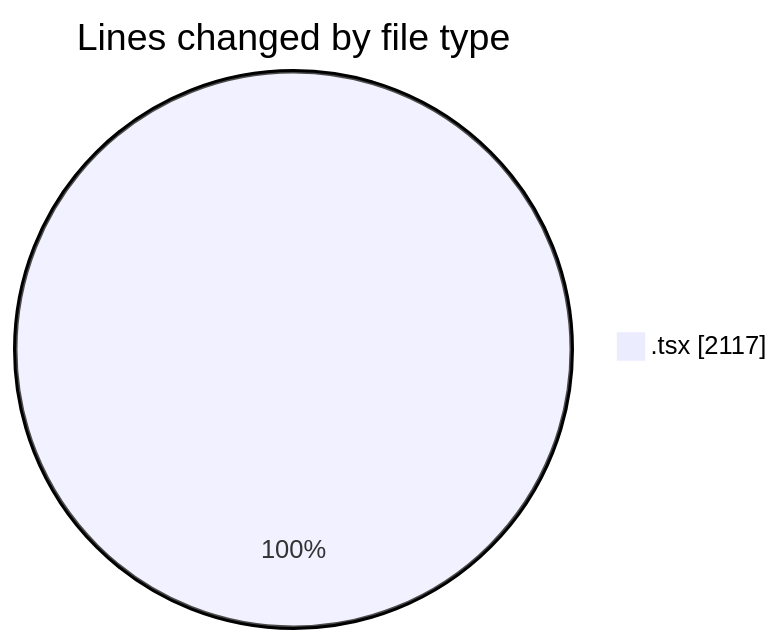
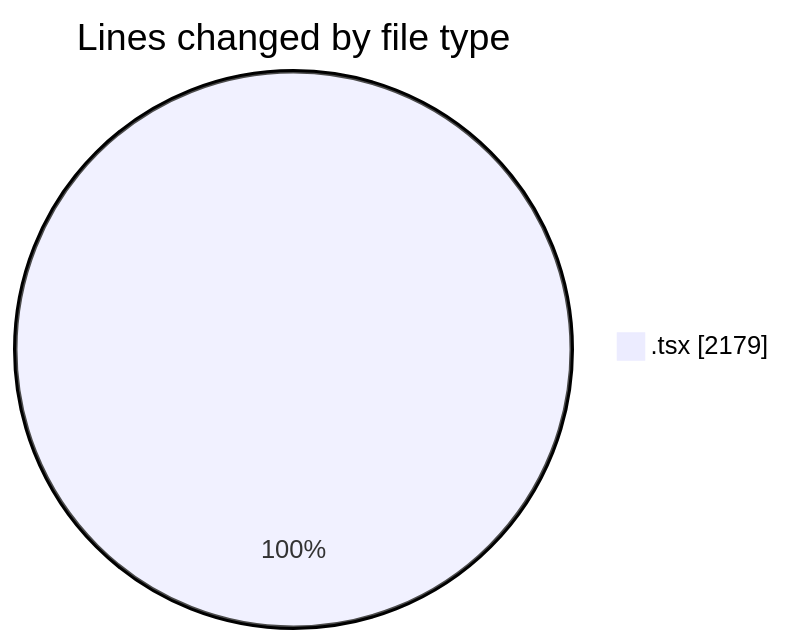
Before and after one commit to momahboobian/code-tracking: the first of 2 diagrams in 2025-06-12/cda/README.md, drawn with Mermaid. The commit also changed other lines of this file and 1 other file, not shown here.

````diff
--- a/2025-06-12/cda/README.md
+++ b/2025-06-12/cda/README.md
@@ -23,5 +23,5 @@
 ```mermaid
 pie showData
 title Lines changed by file type
-".tsx" : 2117
+".tsx" : 2179
 ```
````
